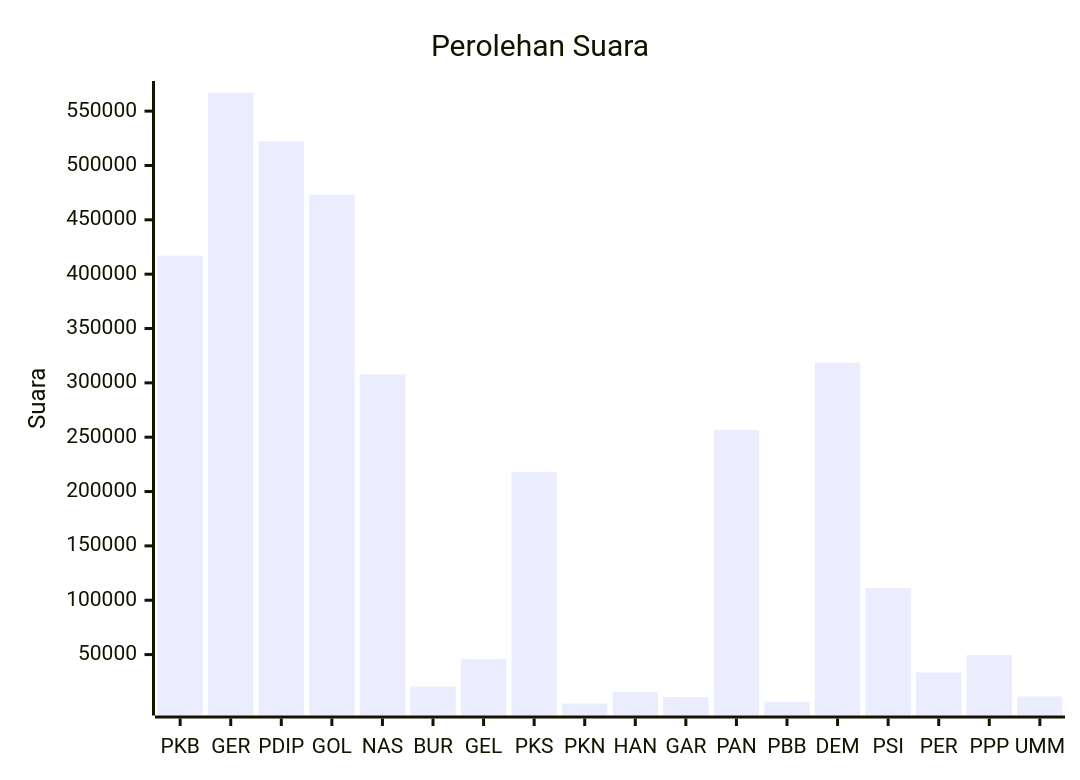
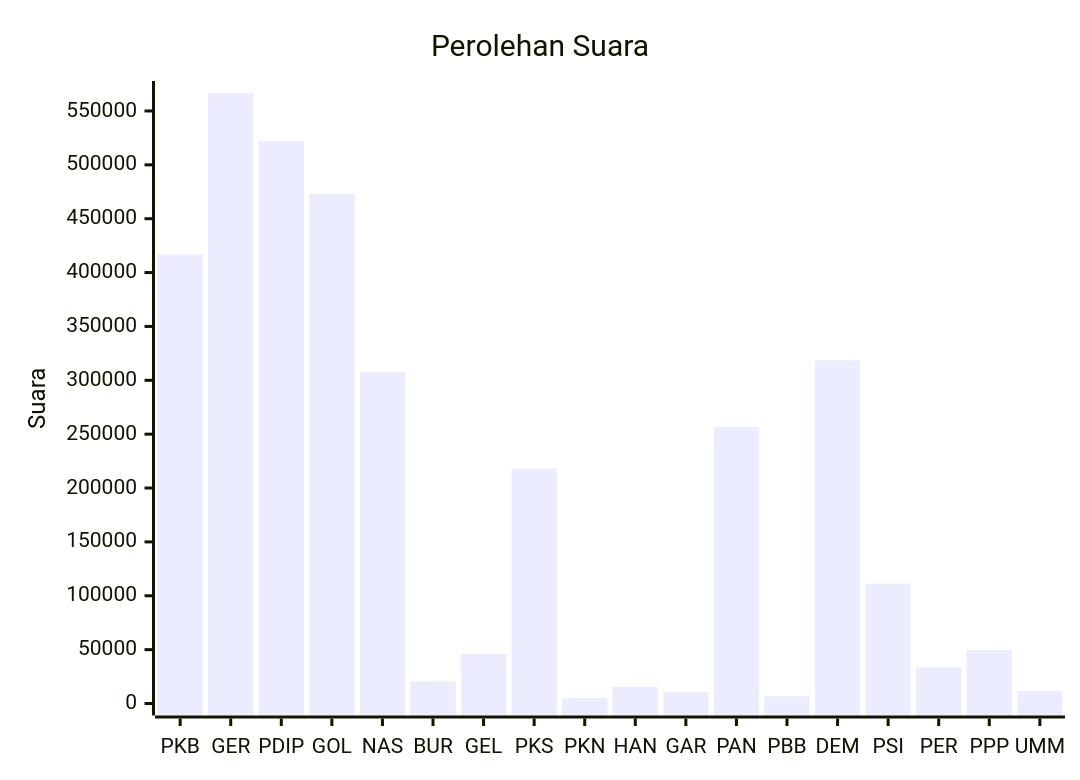
Before and after one commit to gigit-pemilu/pemilu-2024: the diagram in pileg-dpr/hitung-suara/sub/table-wilayah-18.md, drawn with Mermaid. The commit also changed 57 other files, not shown here.

````diff
--- a/pileg-dpr/hitung-suara/sub/table-wilayah-18.md
+++ b/pileg-dpr/hitung-suara/sub/table-wilayah-18.md
@@ -7,7 +7,7 @@
 ```mermaid
 xychart-beta
     title "Perolehan Suara"
     x-axis [PKB, GER, PDIP, GOL, NAS, BUR, GEL, PKS, PKN, HAN, GAR, PAN, PBB, DEM, PSI, PER, PPP, UMM]
-    y-axis "Suara"
+    y-axis "Suara" 0 --> 566677
     bar [417014, 566677, 522205, 473066, 307811, 20630, 45939, 217908, 4993, 15495, 10869, 256602, 6618, 318624, 111132, 33595, 49523, 11526]
 ```
````
